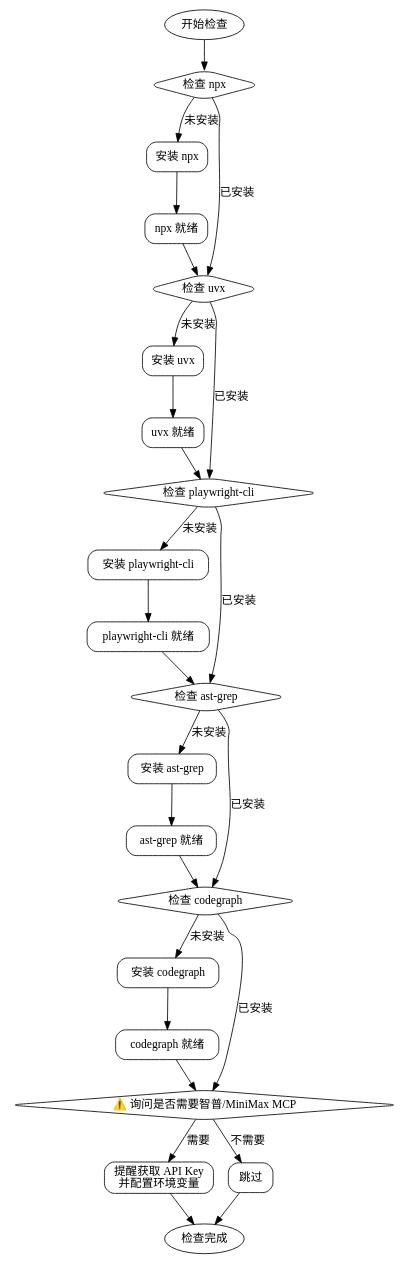
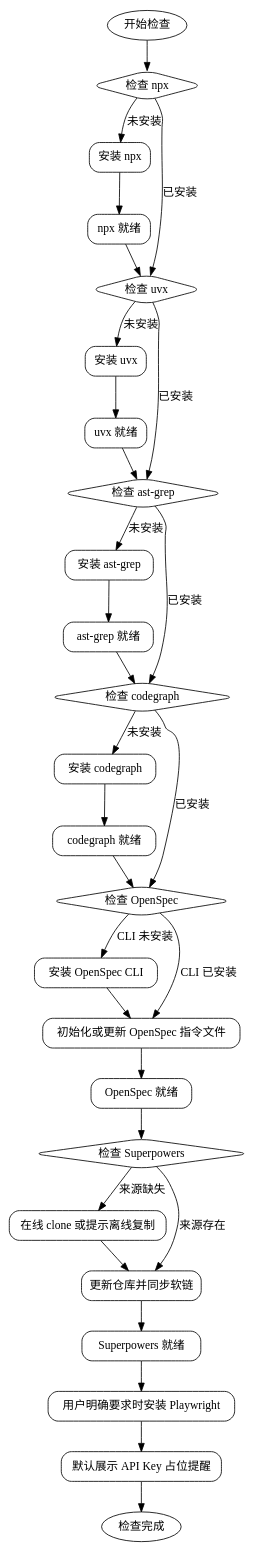
Before and after one commit to michaelChe956/Cadence-skills: the second of 2 diagrams in cadence-init/skills/pre-check/SKILL.md, drawn with Graphviz. The commit also changed other lines of this file and 5 other files, not shown here.

````diff
--- a/cadence-init/skills/pre-check/SKILL.md
+++ b/cadence-init/skills/pre-check/SKILL.md
@@ -55,70 +84,74 @@
 ```dot
 digraph check_flow {
     rankdir=TB;
     node [shape=box, style="rounded"];
 
     start [label="开始检查", shape=ellipse];
 
-    // 步骤1
     check_npx [label="检查 npx", shape=diamond];
     install_npx [label="安装 npx"];
     npx_done [label="npx 就绪"];
 
-    // 步骤2
     check_uvx [label="检查 uvx", shape=diamond];
     install_uvx [label="安装 uvx"];
     uvx_done [label="uvx 就绪"];
 
-    // 步骤3
-    check_playwright [label="检查 playwright-cli", shape=diamond];
-    install_playwright [label="安装 playwright-cli"];
-    playwright_done [label="playwright-cli 就绪"];
-
-    // 步骤4
     check_ast_grep [label="检查 ast-grep", shape=diamond];
     install_ast_grep [label="安装 ast-grep"];
     ast_grep_done [label="ast-grep 就绪"];
 
-    // 步骤5
     check_codegraph [label="检查 codegraph", shape=diamond];
     install_codegraph [label="安装 codegraph"];
     codegraph_done [label="codegraph 就绪"];
 
-    // 步骤6（可选）
-    ask_apikey [label="⚠️ 询问是否需要智普/MiniMax MCP", shape=diamond];
-    remind_apikey [label="提醒获取 API Key\n并配置环境变量"];
-    skip_apikey [label="跳过"];
+    check_openspec [label="检查 OpenSpec", shape=diamond];
+    install_openspec [label="安装 OpenSpec CLI"];
+    sync_openspec [label="初始化或更新 OpenSpec 指令文件"];
+    openspec_done [label="OpenSpec 就绪"];
+
+    check_superpowers [label="检查 Superpowers", shape=diamond];
+    clone_superpowers [label="在线 clone 或提示离线复制"];
+    sync_superpowers [label="更新仓库并同步软链"];
+    superpowers_done [label="Superpowers 就绪"];
+
+    optional_playwright [label="用户明确要求时安装 Playwright", shape=box];
+    remind_apikey [label="默认展示 API Key 占位提醒"];
 
     end [label="检查完成", shape=ellipse];
 
     start -> check_npx;
     check_npx -> install_npx [label="未安装"];
     check_npx -> check_uvx [label="已安装"];
     install_npx -> npx_done;
     npx_done -> check_uvx;
 
     check_uvx -> install_uvx [label="未安装"];
-    check_uvx -> check_playwright [label="已安装"];
+    check_uvx -> check_ast_grep [label="已安装"];
     install_uvx -> uvx_done;
-    uvx_done -> check_playwright;
-    check_playwright -> install_playwright [label="未安装"];
-    check_playwright -> check_ast_grep [label="已安装"];
-    install_playwright -> playwright_done;
-    playwright_done -> check_ast_grep;
+    uvx_done -> check_ast_grep;
 
     check_ast_grep -> install_ast_grep [label="未安装"];
     check_ast_grep -> check_codegraph [label="已安装"];
     install_ast_grep -> ast_grep_done;
     ast_grep_done -> check_codegraph;
 
     check_codegraph -> install_codegraph [label="未安装"];
-    check_codegraph -> ask_apikey [label="已安装"];
+    check_codegraph -> check_openspec [label="已安装"];
     install_codegraph -> codegraph_done;
-    codegraph_done -> ask_apikey;
+    codegraph_done -> check_openspec;
 
-    ask_apikey -> remind_apikey [label="需要"];
-    ask_apikey -> skip_apikey [label="不需要"];
+    check_openspec -> install_openspec [label="CLI 未安装"];
+    check_openspec -> sync_openspec [label="CLI 已安装"];
+    install_openspec -> sync_openspec;
+    sync_openspec -> openspec_done;
+    openspec_done -> check_superpowers;
+
+    check_superpowers -> clone_superpowers [label="来源缺失"];
+    check_superpowers -> sync_superpowers [label="来源存在"];
+    clone_superpowers -> sync_superpowers;
+    sync_superpowers -> superpowers_done;
+    superpowers_done -> optional_playwright;
+    optional_playwright -> remind_apikey;
     remind_apikey -> end;
-    skip_apikey -> end;
 }
 ```
````
